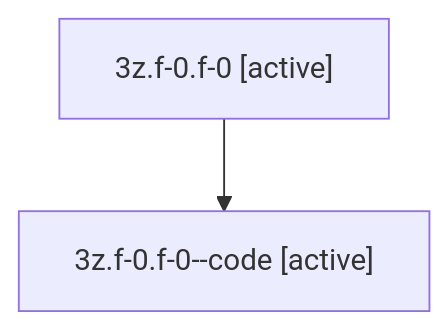
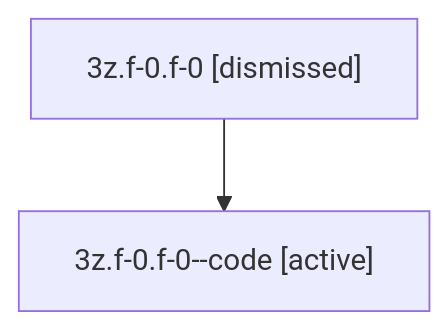
Before and after one commit to sase-org/sase--agents: the diagram in sessions/bbugyi200.athena.3z.f-0.f-0.md, drawn with Mermaid. The commit also changed other lines of this file and 57 other files, not shown here.

````diff
--- a/sessions/bbugyi200.athena.3z.f-0.f-0.md
+++ b/sessions/bbugyi200.athena.3z.f-0.f-0.md
@@ -9,6 +9,6 @@
 ```mermaid
 flowchart TD
-  n0["3z.f-0.f-0 [active]"]
+  n0["3z.f-0.f-0 [dismissed]"]
   n1["3z.f-0.f-0--code [active]"]
   n0 --> n1
 ```
````
